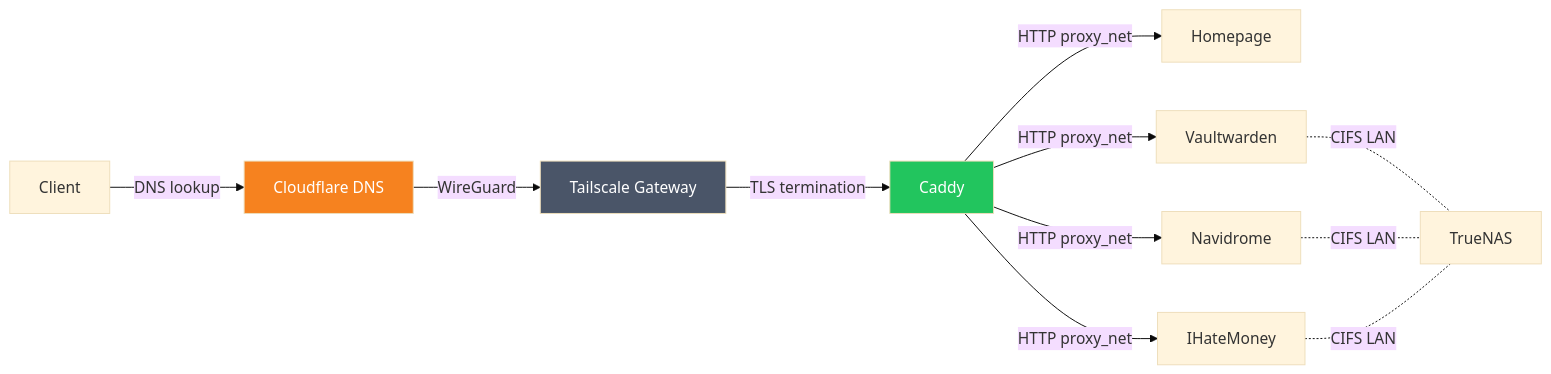
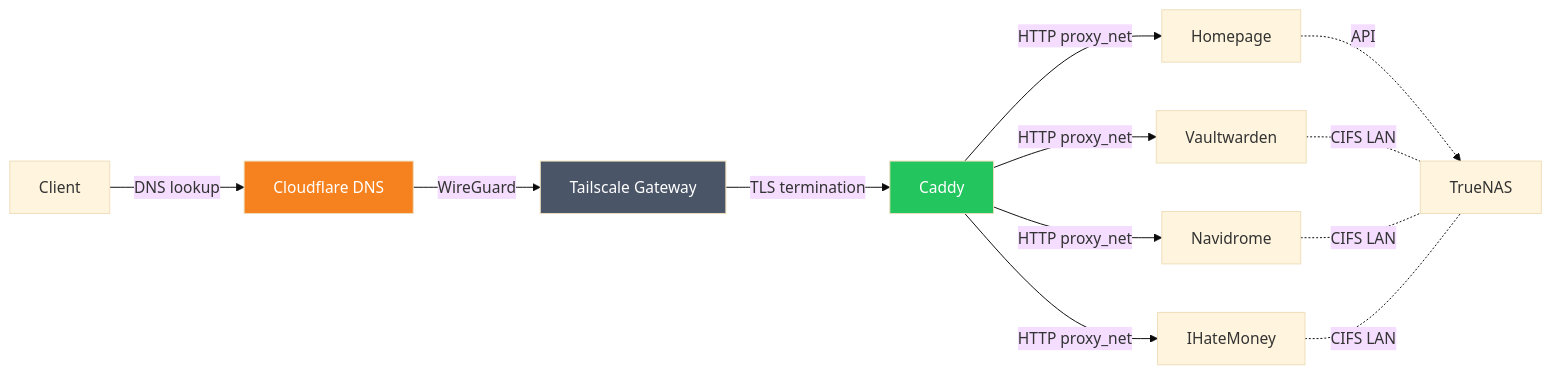
Before and after one commit to masolnada/homelab: the second of 2 diagrams in README.md, drawn with Mermaid (base theme). The commit also changed other lines of this file and 2 other files, not shown here.

Commit message:
docs: add TrueNAS widget info and merge Gateway into Infrastructure group

````diff
--- a/README.md
+++ b/README.md
@@ -44,17 +46,18 @@
 ```mermaid
 graph LR
     Client -->|DNS lookup| CF[Cloudflare DNS]
     CF -->|WireGuard| TS[Tailscale Gateway]
     TS -->|TLS termination| Caddy
     Caddy -->|HTTP proxy_net| Homepage
     Caddy -->|HTTP proxy_net| Vaultwarden
     Caddy -->|HTTP proxy_net| Navidrome
     Caddy -->|HTTP proxy_net| IHateMoney
-    Vaultwarden -.-|CIFS LAN| NAS[TrueNAS]
+    Homepage -.->|API| NAS[TrueNAS]
+    Vaultwarden -.-|CIFS LAN| NAS
     Navidrome -.-|CIFS LAN| NAS
     IHateMoney -.-|CIFS LAN| NAS
 
     style CF fill:#f6821f,color:#fff
     style TS fill:#4a5568,color:#fff
     style Caddy fill:#22c55e,color:#fff
 ```
````
